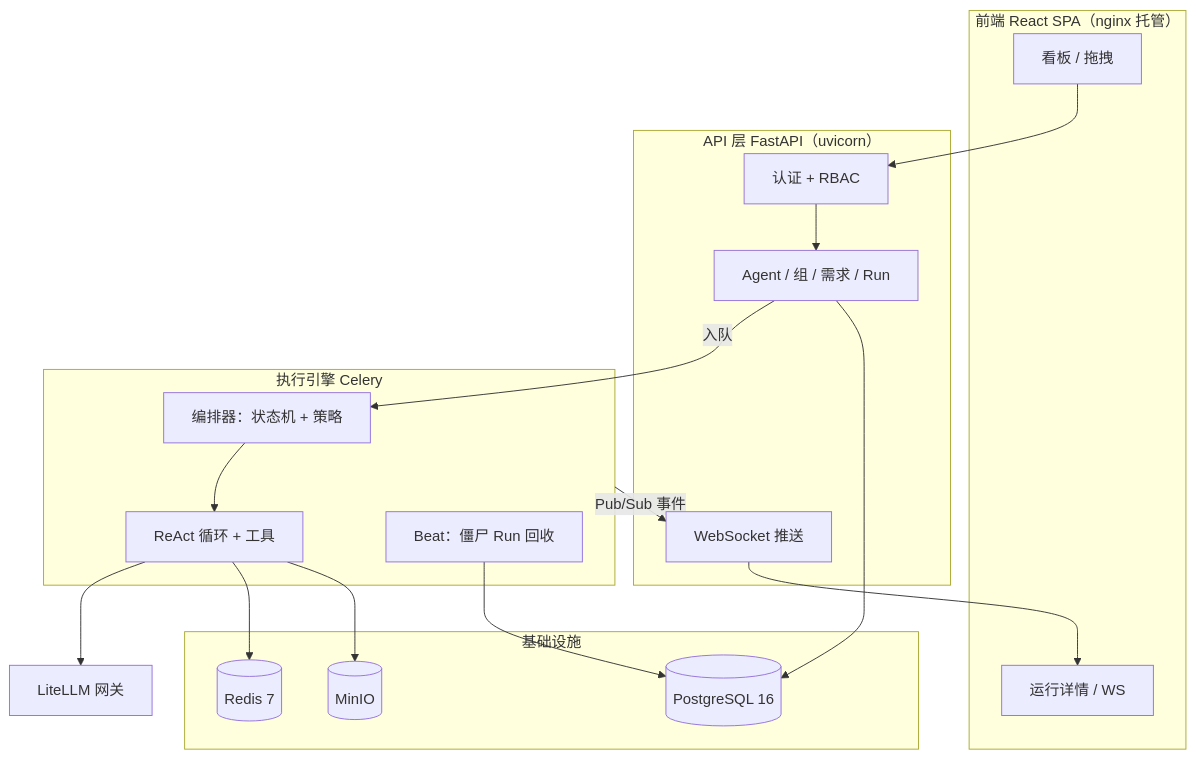
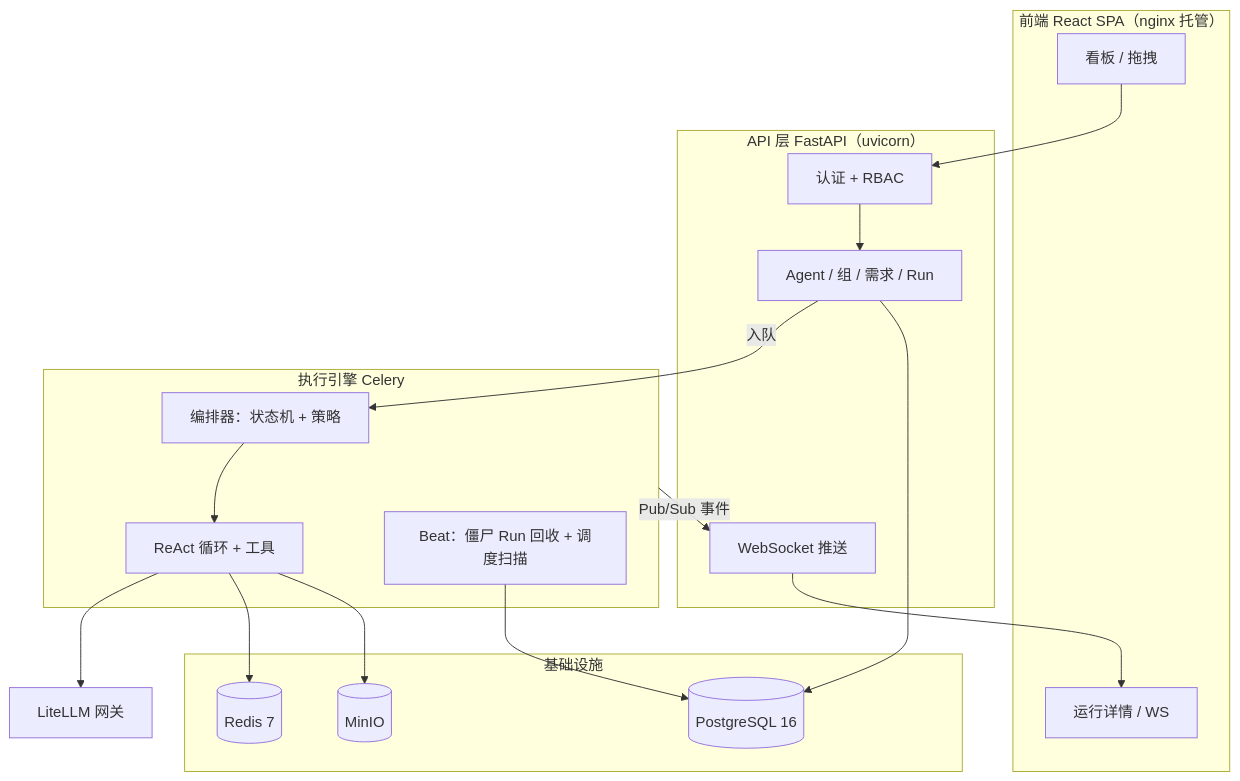
Before and after one commit to HangChi/multi-agent-workspace: the diagram in README.md, drawn with Mermaid. The commit also changed other lines of this file and 6 other files, not shown here.

````diff
--- a/README.md
+++ b/README.md
@@ -107,36 +109,36 @@
 ```mermaid
 flowchart TB
     subgraph Web["前端 React SPA（nginx 托管）"]
         Board["看板 / 拖拽"]
         Run["运行详情 / WS"]
     end
 
     subgraph API["API 层 FastAPI（uvicorn）"]
         Auth["认证 + RBAC"]
         CRUD["Agent / 组 / 需求 / Run"]
         WS["WebSocket 推送"]
     end
 
     subgraph Engine["执行引擎 Celery"]
         Orch["编排器：状态机 + 策略"]
         React["ReAct 循环 + 工具"]
-        Beat["Beat：僵尸 Run 回收"]
+        Beat["Beat：僵尸 Run 回收 + 调度扫描"]
     end
 
     subgraph Infra["基础设施"]
         PG[("PostgreSQL 16")]
         RD[("Redis 7")]
         S3[("MinIO")]
     end
 
     LLM["LiteLLM 网关"]
 
     Board --> Auth --> CRUD
     CRUD -->|入队| Orch
     Orch --> React --> LLM
     React --> RD
     CRUD --> PG
     React --> S3
     Engine -->|Pub/Sub 事件| WS --> Run
     Beat --> PG
 ```
````
